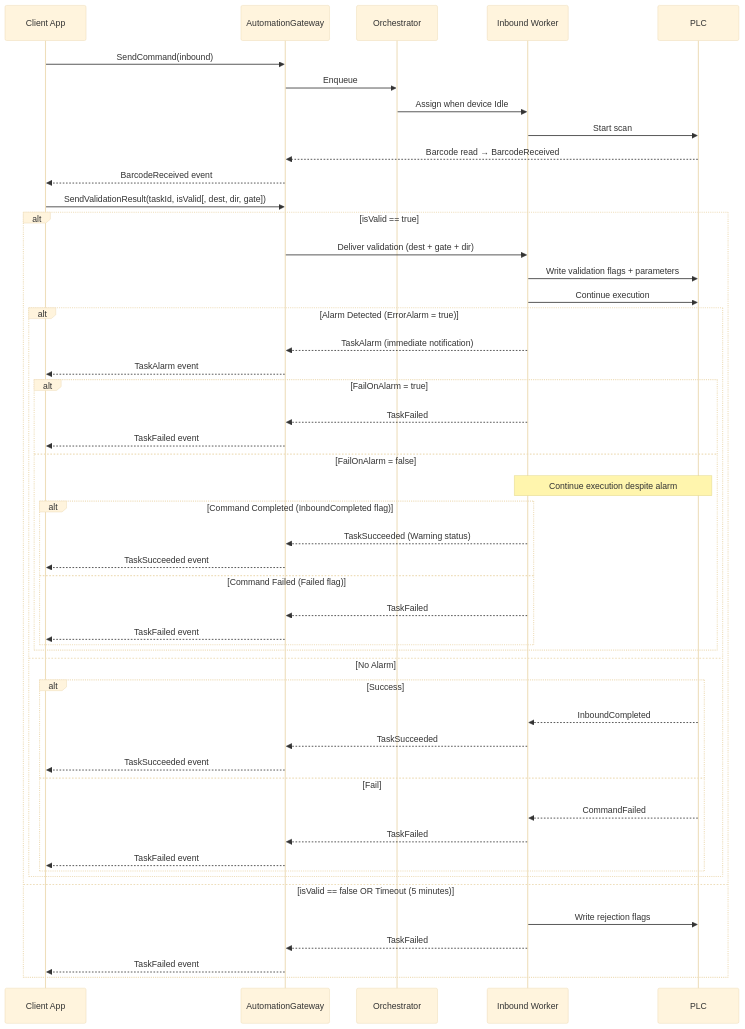
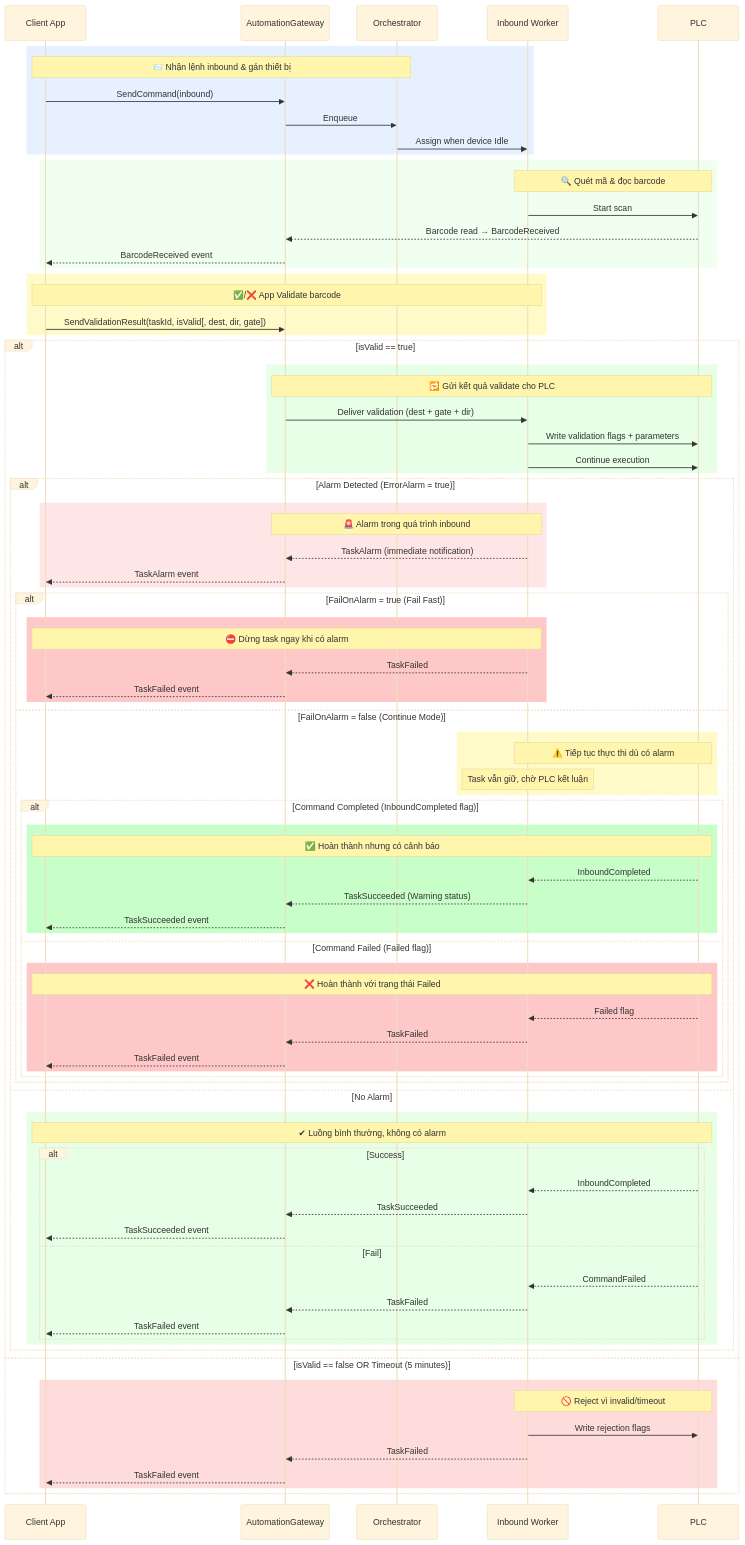
Before and after one commit to honhatphi/wcs-conncetor: the second of 4 diagrams in docs/flows.md, drawn with Mermaid (base theme). The commit also changed other lines of this file and 7 other files, not shown here.

First line of the commit message:
refactor: Remove SwitchModeAsync and fix PlcConnectionManager deadlock

````diff
--- a/docs/flows.md
+++ b/docs/flows.md
@@ -70,55 +96,93 @@
 ```mermaid
 sequenceDiagram
-  participant App as Client App
-  participant GW as AutomationGateway
-  participant ORC as Orchestrator
-  participant W as Inbound Worker
-  participant PLC as PLC
+    participant App as Client App
+    participant GW as AutomationGateway
+    participant ORC as Orchestrator
+    participant W as Inbound Worker
+    participant PLC as PLC
 
-  App->>GW: SendCommand(inbound)
-  GW->>ORC: Enqueue
-  ORC->>W: Assign when device Idle
-  W->>PLC: Start scan
-  PLC-->>GW: Barcode read → BarcodeReceived
-  GW-->>App: BarcodeReceived event
-  App->>GW: SendValidationResult(taskId, isValid[, dest, dir, gate])
-  
-  alt isValid == true
-    GW->>W: Deliver validation (dest + gate + dir)
-    W->>PLC: Write validation flags + parameters
-    W->>PLC: Continue execution
-    
-    alt Alarm Detected (ErrorAlarm = true)
-      W-->>GW: TaskAlarm (immediate notification)
-      GW-->>App: TaskAlarm event
-      
-      alt FailOnAlarm = true
-        W-->>GW: TaskFailed
-        GW-->>App: TaskFailed event
-      else FailOnAlarm = false
-        Note over W,PLC: Continue execution despite alarm
-        alt Command Completed (InboundCompleted flag)
-          W-->>GW: TaskSucceeded (Warning status)
-          GW-->>App: TaskSucceeded event
-        else Command Failed (Failed flag)
-          W-->>GW: TaskFailed
-          GW-->>App: TaskFailed event
+    rect rgb(230, 240, 255)
+        Note over App,ORC: 📨 Nhận lệnh inbound & gán thiết bị
+        App->>GW: SendCommand(inbound)
+        GW->>ORC: Enqueue
+        ORC->>W: Assign when device Idle
+    end
+
+    rect rgb(240, 255, 240)
+        Note over W,PLC: 🔍 Quét mã & đọc barcode
+        W->>PLC: Start scan
+        PLC-->>GW: Barcode read → BarcodeReceived
+        GW-->>App: BarcodeReceived event
+    end
+
+    rect rgb(255, 250, 200)
+        Note over App,W: ✅/❌ App Validate barcode
+        App->>GW: SendValidationResult(taskId, isValid[, dest, dir, gate])
+    end
+
+    alt isValid == true
+        rect rgb(230, 255, 230)
+            Note over GW,PLC: 🔁 Gửi kết quả validate cho PLC
+            GW->>W: Deliver validation (dest + gate + dir)
+            W->>PLC: Write validation flags + parameters
+            W->>PLC: Continue execution
         end
-      end
-    else No Alarm
-      alt Success
-        PLC-->>W: InboundCompleted
-        W-->>GW: TaskSucceeded
-        GW-->>App: TaskSucceeded event
-      else Fail
-        PLC-->>W: CommandFailed
-        W-->>GW: TaskFailed
-        GW-->>App: TaskFailed event
-      end
+
+        alt Alarm Detected (ErrorAlarm = true)
+            rect rgb(255, 230, 230)
+                Note over W,GW: 🚨 Alarm trong quá trình inbound
+                W-->>GW: TaskAlarm (immediate notification)
+                GW-->>App: TaskAlarm event
+            end
+
+            alt FailOnAlarm = true (Fail Fast)
+                rect rgb(255, 200, 200)
+                    Note over W,App: ⛔ Dừng task ngay khi có alarm
+                    W-->>GW: TaskFailed
+                    GW-->>App: TaskFailed event
+                end
+            else FailOnAlarm = false (Continue Mode)
+                rect rgb(255, 250, 200)
+                    Note over W,PLC: ⚠️ Tiếp tục thực thi dù có alarm
+                    Note over W: Task vẫn giữ, chờ PLC kết luận
+                end
+
+                alt Command Completed (InboundCompleted flag)
+                    rect rgb(200, 255, 200)
+                        Note over PLC,App: ✅ Hoàn thành nhưng có cảnh báo
+                        PLC-->>W: InboundCompleted
+                        W-->>GW: TaskSucceeded (Warning status)
+                        GW-->>App: TaskSucceeded event
+                    end
+                else Command Failed (Failed flag)
+                    rect rgb(255, 200, 200)
+                        Note over PLC,App: ❌ Hoàn thành với trạng thái Failed
+                        PLC-->>W: Failed flag
+                        W-->>GW: TaskFailed
+                        GW-->>App: TaskFailed event
+                    end
+                end
+            end
+        else No Alarm
+            rect rgb(230, 255, 230)
+                Note over PLC,App: ✔ Luồng bình thường, không có alarm
+                alt Success
+                    PLC-->>W: InboundCompleted
+                    W-->>GW: TaskSucceeded
+                    GW-->>App: TaskSucceeded event
+                else Fail
+                    PLC-->>W: CommandFailed
+                    W-->>GW: TaskFailed
+                    GW-->>App: TaskFailed event
+                end
+            end
+        end
+    else isValid == false OR Timeout (5 minutes)
+        rect rgb(255, 220, 220)
+            Note over W,PLC: 🚫 Reject vì invalid/timeout
+            W->>PLC: Write rejection flags
+            W-->>GW: TaskFailed
+            GW-->>App: TaskFailed event
+        end
     end
-  else isValid == false OR Timeout (5 minutes)
-    W->>PLC: Write rejection flags
-    W-->>GW: TaskFailed
-    GW-->>App: TaskFailed event
-  end
 ```
````
